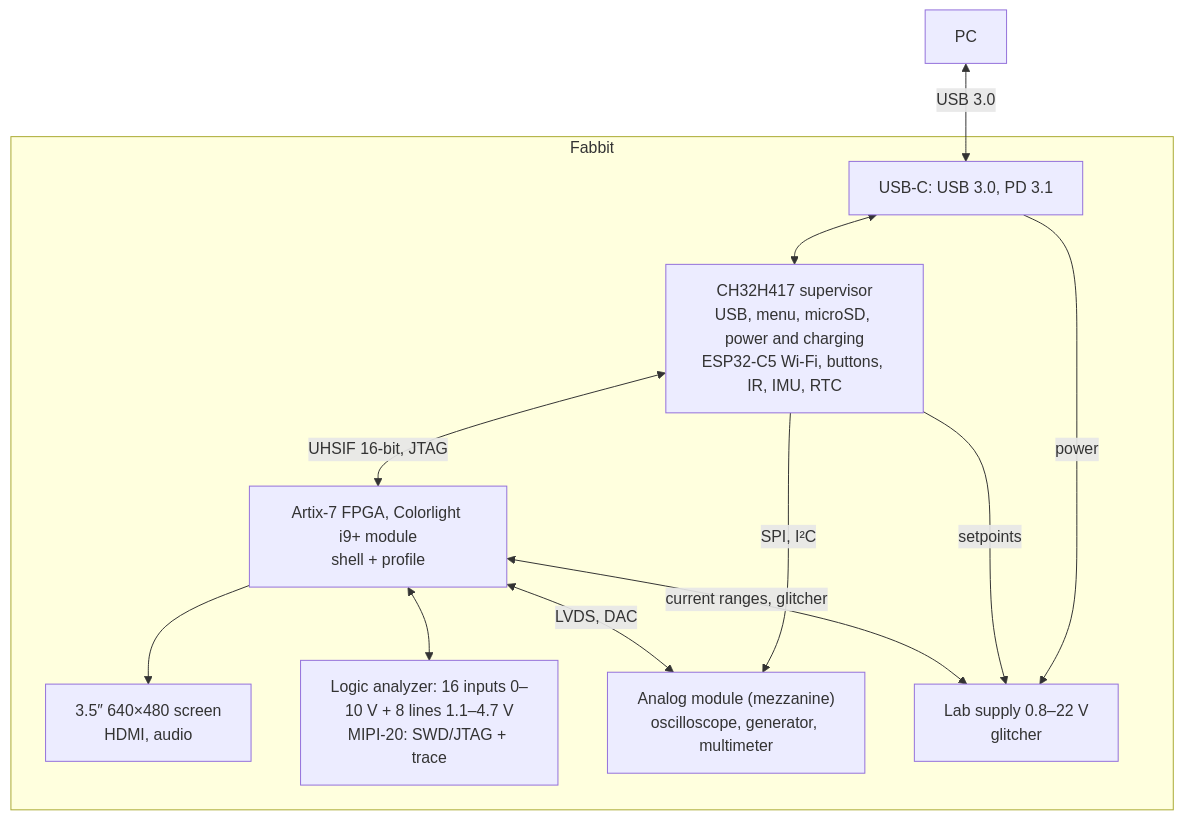
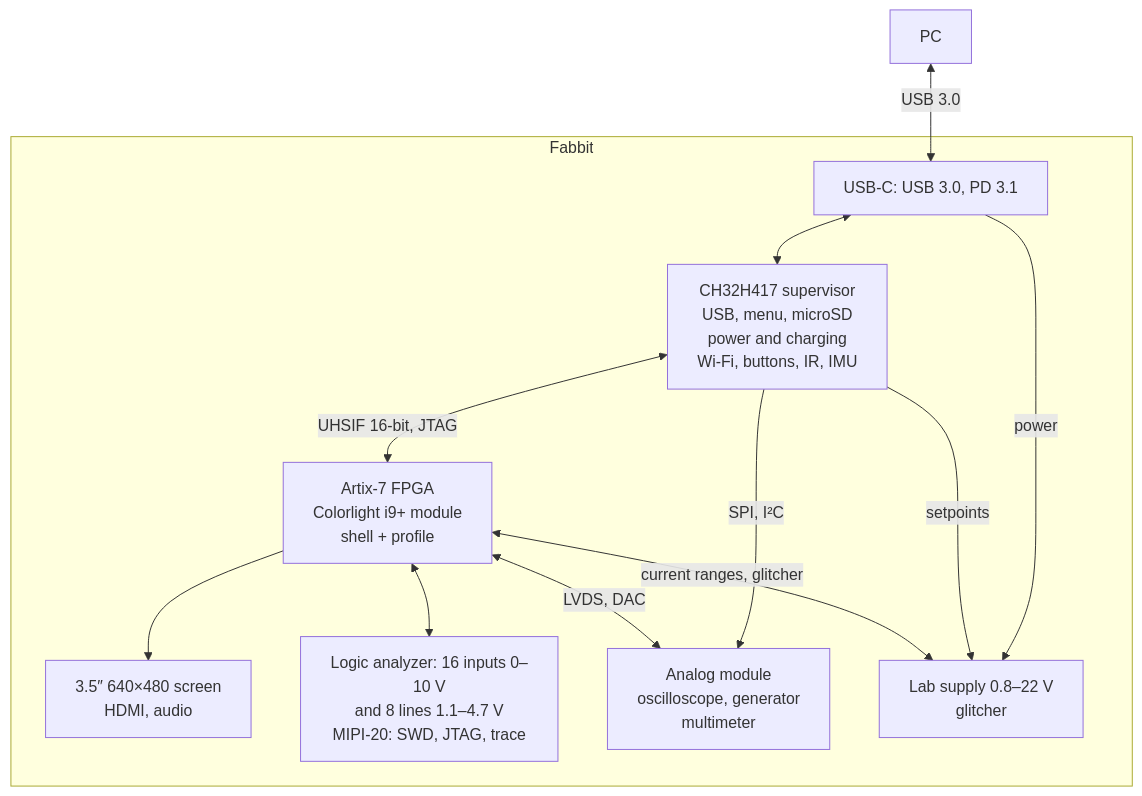
The first of 2 diagrams in README.en.md (fabbit-dev/fabbit), drawn with Mermaid before and after one commit. The commit also changed other lines of this file and 2 other files, not shown here.

Commit message:
docs(readme): уточнения по ревью, схемы компактнее

````diff
--- a/README.en.md
+++ b/README.en.md
@@ -77,23 +77,23 @@
 ```mermaid
 flowchart TB
   HOST["PC"]
   subgraph DEV["Fabbit"]
     USBC["USB-C: USB 3.0, PD 3.1"]
-    MCU["CH32H417 supervisor<br/>USB, menu, microSD, power and charging<br/>ESP32-C5 Wi-Fi, buttons, IR, IMU, RTC"]
-    FPGA["Artix-7 FPGA, Colorlight i9+ module<br/>shell + profile"]
+    MCU["CH32H417 supervisor<br/>USB, menu, microSD<br/>power and charging<br/>Wi-Fi, buttons, IR, IMU"]
+    FPGA["Artix-7 FPGA<br/>Colorlight i9+ module<br/>shell + profile"]
     VID["3.5″ 640×480 screen<br/>HDMI, audio"]
-    IO["Logic analyzer: 16 inputs 0–10 V + 8 lines 1.1–4.7 V<br/>MIPI-20: SWD/JTAG + trace"]
-    AMOD["Analog module (mezzanine)<br/>oscilloscope, generator, multimeter"]
+    IO["Logic analyzer: 16 inputs 0–10 V<br/>and 8 lines 1.1–4.7 V<br/>MIPI-20: SWD, JTAG, trace"]
+    AMOD["Analog module<br/>oscilloscope, generator<br/>multimeter"]
     PSU["Lab supply 0.8–22 V<br/>glitcher"]
   end
   HOST <-->|"USB 3.0"| USBC
   USBC <--> MCU
   USBC -->|"power"| PSU
   MCU <-->|"UHSIF 16-bit, JTAG"| FPGA
   MCU -->|"setpoints"| PSU
   MCU -->|"SPI, I²C"| AMOD
   FPGA --> VID
   FPGA <--> IO
   FPGA <-->|"LVDS, DAC"| AMOD
   FPGA <-->|"current ranges, glitcher"| PSU
 ```
````
